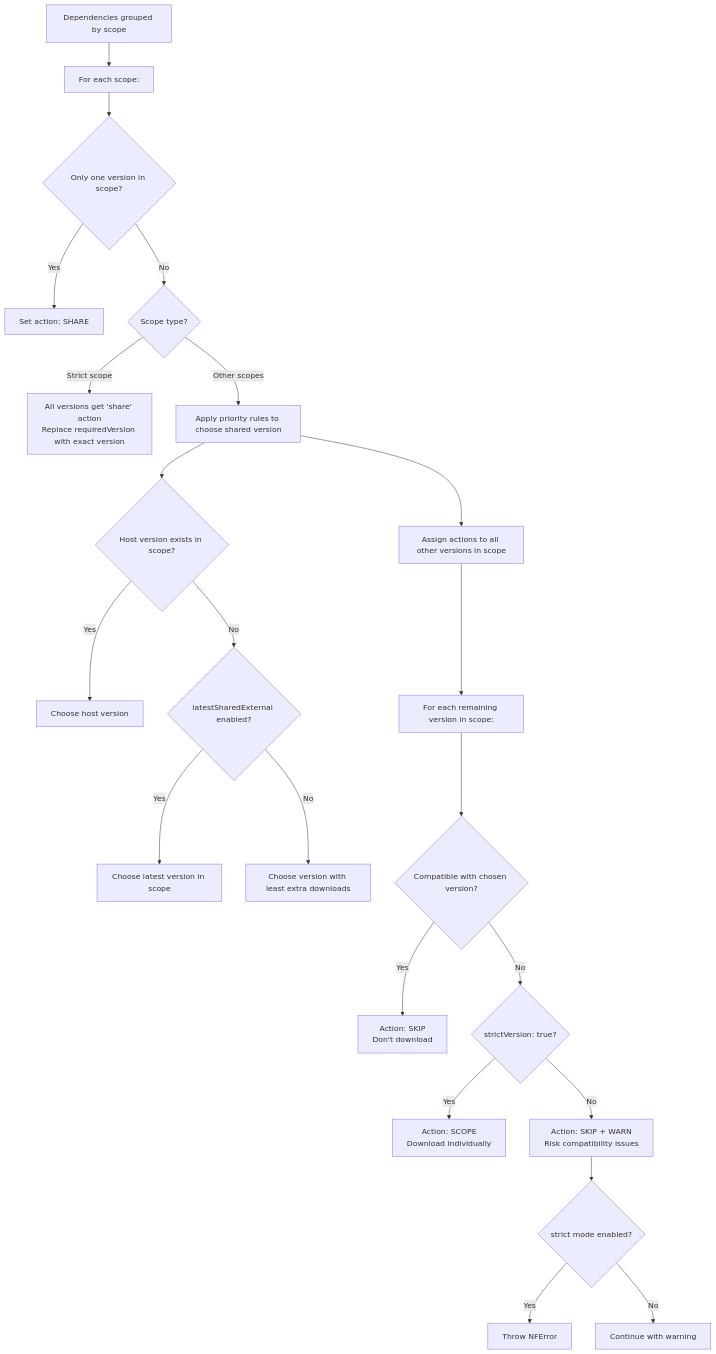
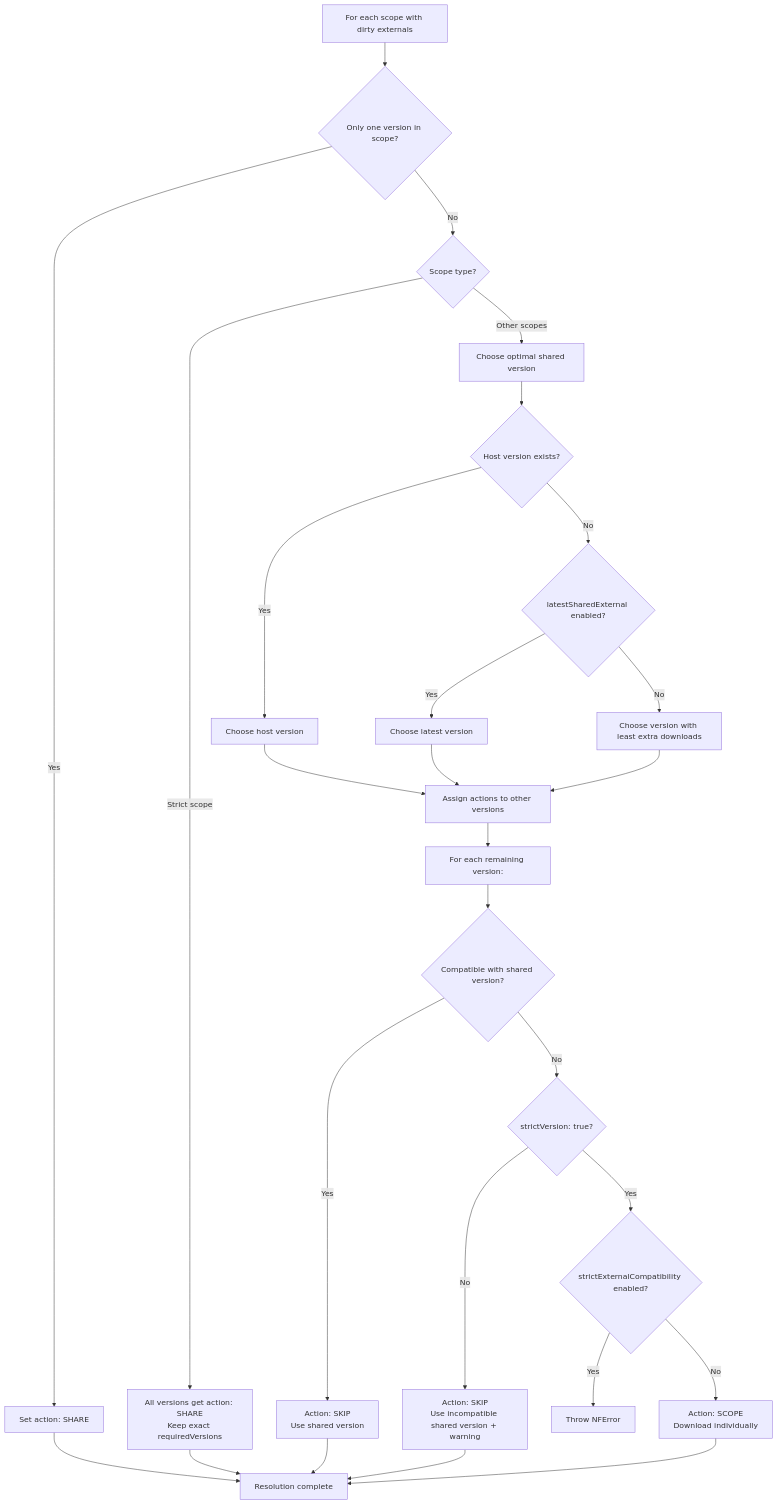
Before and after one commit to topicusonderwijs/vanilla-native-federation: the third of 9 diagrams in docs/version-resolver.md, drawn with Mermaid. The commit also changed other lines of this file and 3 other files, not shown here.

````diff
--- a/docs/version-resolver.md
+++ b/docs/version-resolver.md
@@ -292,27 +364,33 @@
 ```mermaid
 flowchart TD
-    A[Dependencies grouped by scope] --> B[For each scope:]
-    B --> C{Only one version in scope?}
-    C -->|Yes| D[Set action: SHARE]
-    C -->|No| E{Scope type?}
-    E -->|Strict scope| F[All versions get 'share' action<br/>Replace requiredVersion with exact version]
-    E -->|Other scopes| G[Apply priority rules to choose shared version]
+    A[For each scope with dirty externals] --> B{Only one version in scope?}
+    B -->|Yes| C[Set action: SHARE]
+    B -->|No| D{Scope type?}
+    D -->|Strict scope| E[All versions get action: SHARE<br/>Keep exact requiredVersions]
+    D -->|Other scopes| F[Choose optimal shared version]
 
-    G --> G1{Host version exists in scope?}
-    G1 -->|Yes| G2[Choose host version]
-    G1 -->|No| G3{latestSharedExternal enabled?}
-    G3 -->|Yes| G4[Choose latest version in scope]
-    G3 -->|No| G5[Choose version with least extra downloads]
+    F --> F1{Host version exists?}
+    F1 -->|Yes| F2[Choose host version]
+    F1 -->|No| F3{latestSharedExternal enabled?}
+    F3 -->|Yes| F4[Choose latest version]
+    F3 -->|No| F5[Choose version with least extra downloads]
 
-    G --> H[Assign actions to all other versions in scope]
-    H --> H1[For each remaining version in scope:]
-    H1 --> H2{Compatible with chosen version?}
-    H2 -->|Yes| H3[Action: SKIP<br/>Don't download]
-    H2 -->|No| H4{strictVersion: true?}
-    H4 -->|Yes| H5[Action: SCOPE<br/>Download individually]
-    H4 -->|No| H6[Action: SKIP + WARN<br/>Risk compatibility issues]
+    F2 --> G[Assign actions to other versions]
+    F4 --> G
+    F5 --> G
 
-    H6 --> I{strict mode enabled?}
-    I -->|Yes| J[Throw NFError]
-    I -->|No| K[Continue with warning]
+    G --> G1[For each remaining version:]
+    G1 --> G2{Compatible with shared version?}
+    G2 -->|Yes| G3[Action: SKIP<br/>Use shared version]
+    G2 -->|No| G4{strictVersion: true?}
+    G4 -->|Yes| G5{strictExternalCompatibility enabled?}
+    G4 -->|No| G6[Action: SKIP<br/>Use incompatible shared version + warning]
+    G5 -->|Yes| G7[Throw NFError]
+    G5 -->|No| G8[Action: SCOPE<br/>Download individually]
+
+    C --> H[Resolution complete]
+    E --> H
+    G3 --> H
+    G6 --> H
+    G8 --> H
 ```
````
